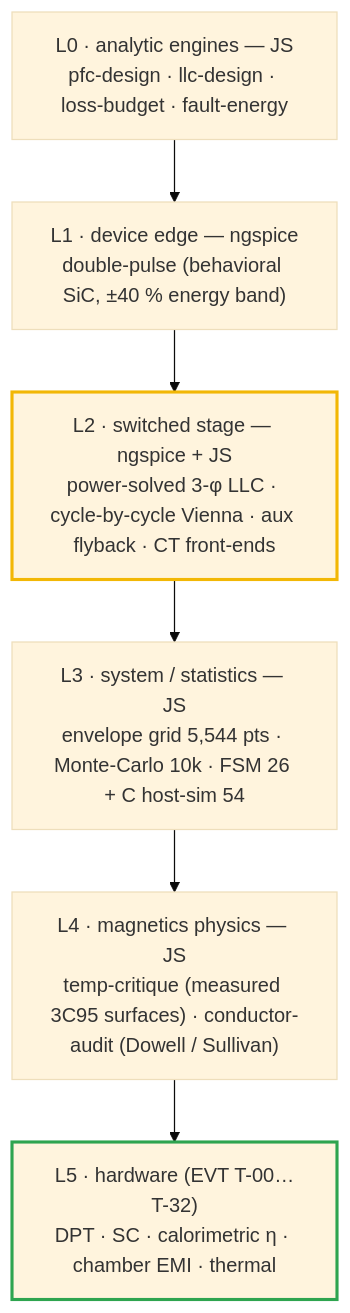
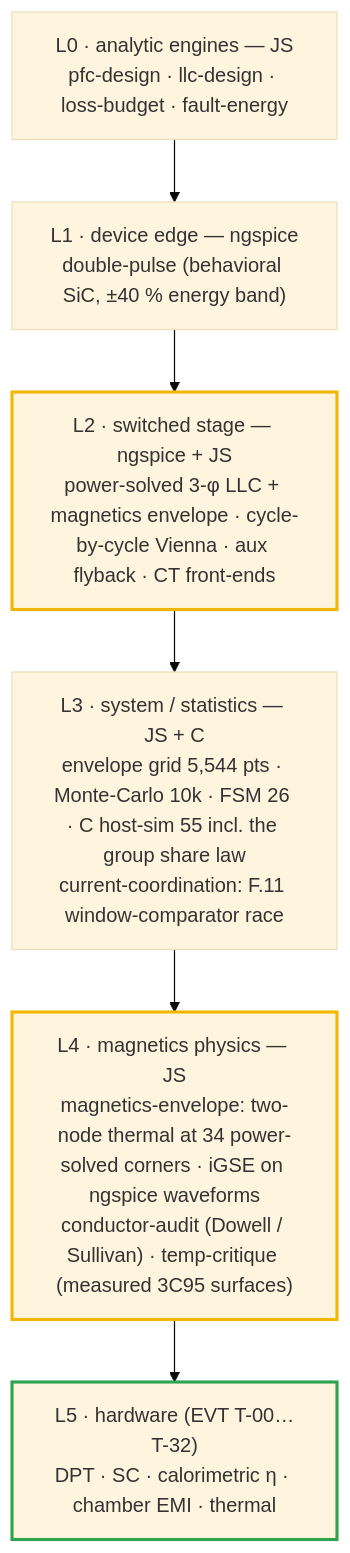
The first of 2 diagrams in docs/simulation-toolchain.md (vectivolt/DC-Modules), drawn with Mermaid (base theme) before and after one commit. The commit also changed other lines of this file and 41 other files, not shown here.

Commit message:
E65/E66 WIP 2 (local): window-comparator F.11, CSU deletion + group share law, sealed-air node, D3 28 mm confinement, partial docs

````diff
--- a/docs/simulation-toolchain.md
+++ b/docs/simulation-toolchain.md
@@ -24,12 +27,13 @@
 ```mermaid
 flowchart TB
   L5["L5 · hardware (EVT T-00…T-32)<br/>DPT · SC · calorimetric η · chamber EMI · thermal"]
-  L4["L4 · magnetics physics — JS<br/>temp-critique (measured 3C95 surfaces) · conductor-audit (Dowell / Sullivan)"]
-  L3["L3 · system / statistics — JS<br/>envelope grid 5,544 pts · Monte-Carlo 10k · FSM 26 + C host-sim 54"]
-  L2["L2 · switched stage — ngspice + JS<br/>power-solved 3-φ LLC · cycle-by-cycle Vienna · aux flyback · CT front-ends"]
+  L4["L4 · magnetics physics — JS<br/>magnetics-envelope: two-node thermal at 34 power-solved corners · iGSE on ngspice waveforms<br/>conductor-audit (Dowell / Sullivan) · temp-critique (measured 3C95 surfaces)"]
+  L3["L3 · system / statistics — JS + C<br/>envelope grid 5,544 pts · Monte-Carlo 10k · FSM 26 · C host-sim 55 incl. the group share law<br/>current-coordination: F.11 window-comparator race"]
+  L2["L2 · switched stage — ngspice + JS<br/>power-solved 3-φ LLC + magnetics envelope · cycle-by-cycle Vienna · aux flyback · CT front-ends"]
   L1["L1 · device edge — ngspice<br/>double-pulse (behavioral SiC, ±40 % energy band)"]
   L0["L0 · analytic engines — JS<br/>pfc-design · llc-design · loss-budget · fault-energy"]
   L0 --> L1 --> L2 --> L3 --> L4 --> L5
   style L2 stroke:#f2b705,stroke-width:2.5px
+  style L4 stroke:#f2b705,stroke-width:2.5px
   style L5 stroke:#2ea44f,stroke-width:2.5px
 ```
````
